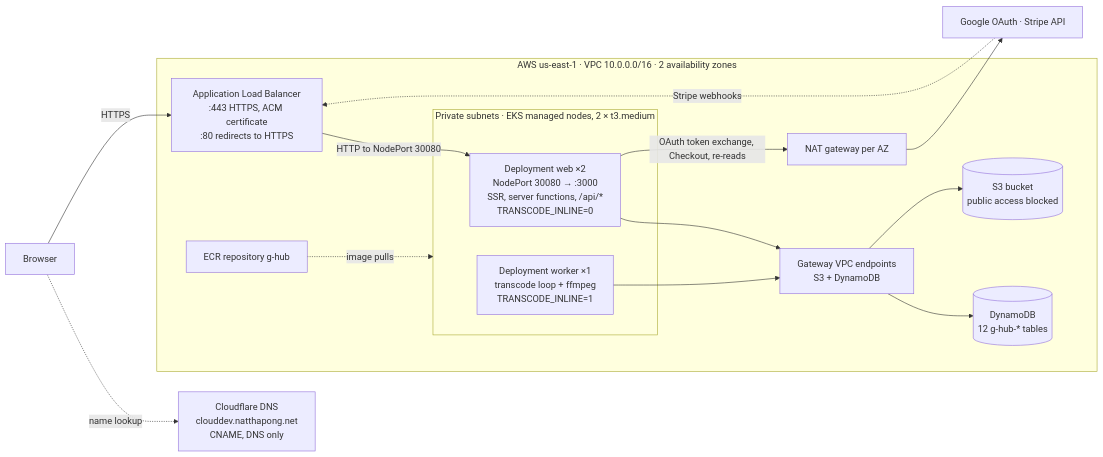
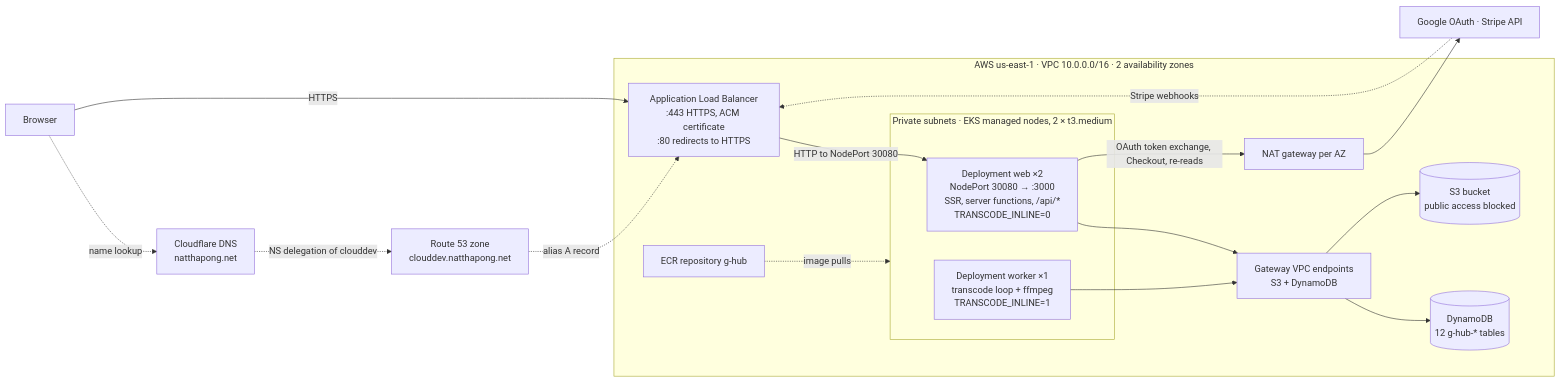
One commit to 13D4C/G-Hub changed the first of 5 diagrams in README.md. Above: the diagram before and after it, drawn with Mermaid. The commit also changed other lines of this file and 7 other files, not shown here.

````diff
--- a/README.md
+++ b/README.md
@@ -92,31 +92,34 @@
 ```mermaid
 flowchart LR
   B["Browser"]
-  CF["Cloudflare DNS<br/>clouddev.natthapong.net<br/>CNAME, DNS only"]
+  CF["Cloudflare DNS<br/>natthapong.net"]
+  R53["Route 53 zone<br/>clouddev.natthapong.net"]
   EXT["Google OAuth · Stripe API"]
 
   subgraph AWS["AWS us-east-1 · VPC 10.0.0.0/16 · 2 availability zones"]
     ALB["Application Load Balancer<br/>:443 HTTPS, ACM certificate<br/>:80 redirects to HTTPS"]
     subgraph Nodes["Private subnets · EKS managed nodes, 2 × t3.medium"]
       WEB["Deployment web ×2<br/>NodePort 30080 → :3000<br/>SSR, server functions, /api/*<br/>TRANSCODE_INLINE=0"]
       WRK["Deployment worker ×1<br/>transcode loop + ffmpeg<br/>TRANSCODE_INLINE=1"]
     end
     NAT["NAT gateway per AZ"]
     EP["Gateway VPC endpoints<br/>S3 + DynamoDB"]
     DDB[("DynamoDB<br/>12 g-hub-* tables")]
     S3[("S3 bucket<br/>public access blocked")]
     ECR["ECR repository g-hub"]
   end
 
   B -.->|"name lookup"| CF
+  CF -.->|"NS delegation of clouddev"| R53
+  R53 -.->|"alias A record"| ALB
   B -->|"HTTPS"| ALB
   ALB -->|"HTTP to NodePort 30080"| WEB
   WEB --> EP
   WRK --> EP
   EP --> DDB
   EP --> S3
   WEB -->|"OAuth token exchange, Checkout, re-reads"| NAT
   NAT --> EXT
   EXT -.->|"Stripe webhooks"| ALB
   ECR -.->|"image pulls"| Nodes
 ```
````
